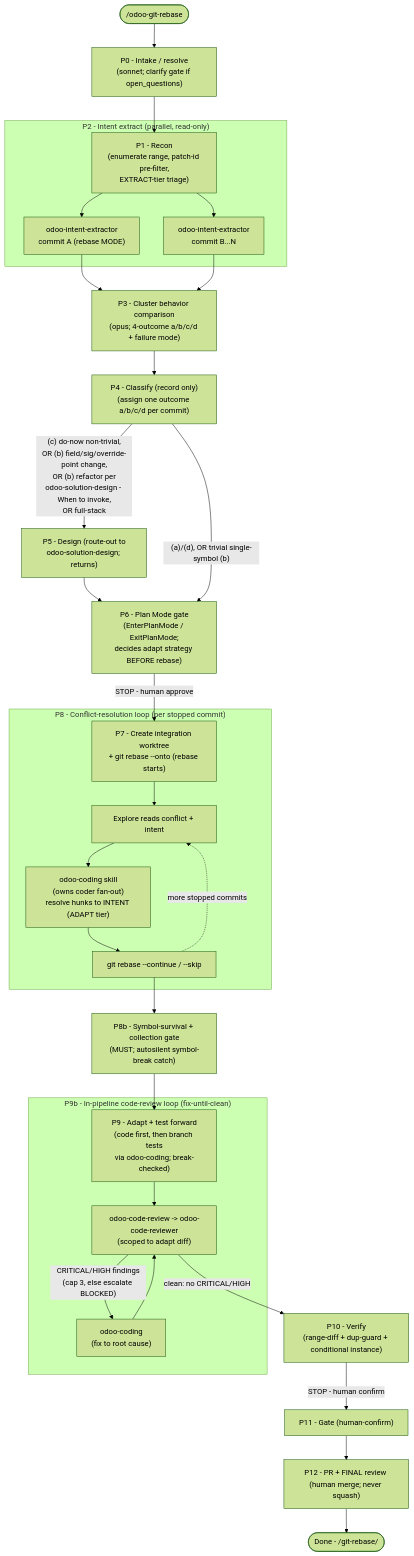
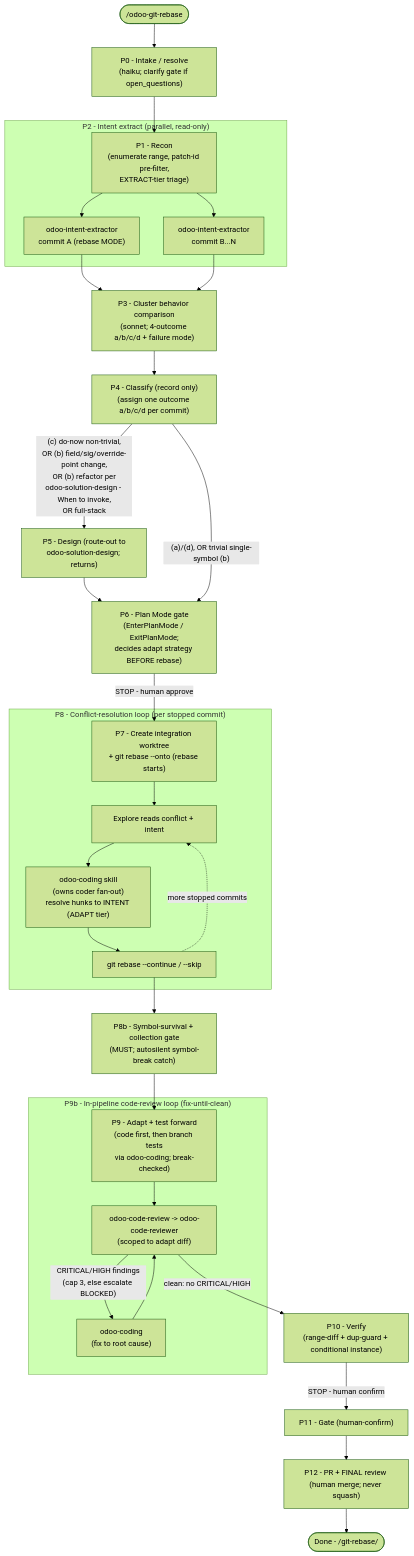
Before and after one commit to Viindoo/odoo-mcp-client: the sixth of 9 diagrams in plugins/odoo-ai-agents/README.md, drawn with Mermaid (forest theme). The commit also changed other lines of this file and 78 other files, not shown here.

````diff
--- a/plugins/odoo-ai-agents/README.md
+++ b/plugins/odoo-ai-agents/README.md
@@ -480,41 +486,41 @@
 ```mermaid
 flowchart TD
     START(["/odoo-git-rebase"])
-    START --> P0["P0 - Intake / resolve<br/>(sonnet; clarify gate if open_questions)"]
+    START --> P0["P0 - Intake / resolve<br/>(haiku; clarify gate if open_questions)"]
     P0 --> P1["P1 - Recon<br/>(enumerate range, patch-id pre-filter,<br/>EXTRACT-tier triage)"]
 
     subgraph P2_grp["P2 - Intent extract (parallel, read-only)"]
         P1 --> IE1["odoo-intent-extractor<br/>commit A (rebase MODE)"]
         P1 --> IE2["odoo-intent-extractor<br/>commit B...N"]
     end
 
-    IE1 --> P3["P3 - Cluster behavior comparison<br/>(opus; 4-outcome a/b/c/d + failure mode)"]
+    IE1 --> P3["P3 - Cluster behavior comparison<br/>(sonnet; 4-outcome a/b/c/d + failure mode)"]
     IE2 --> P3
     P3 --> P4["P4 - Classify (record only)<br/>(assign one outcome a/b/c/d per commit)"]
 
     P4 -->|"(c) do-now non-trivial,<br/>OR (b) field/sig/override-point change,<br/>OR (b) refactor per<br/>odoo-solution-design - When to invoke,<br/>OR full-stack"| P5["P5 - Design (route-out to<br/>odoo-solution-design; returns)"]
     P5 --> P6_gate
     P4 -->|"(a)/(d), OR trivial single-symbol (b)"| P6_gate["P6 - Plan Mode gate<br/>(EnterPlanMode / ExitPlanMode;<br/>decides adapt strategy BEFORE rebase)"]
     P6_gate -->|"STOP - human approve"| P7["P7 - Create integration worktree<br/>+ git rebase --onto (rebase starts)"]
 
     subgraph P8_grp["P8 - Conflict-resolution loop (per stopped commit)"]
         P7 --> CR1["Explore reads conflict + intent"]
         CR1 --> CR2["odoo-coding skill<br/>(owns coder fan-out)<br/>resolve hunks to INTENT (ADAPT tier)"]
         CR2 --> CR3["git rebase --continue / --skip"]
         CR3 -.->|"more stopped commits"| CR1
     end
 
     CR3 --> P8b["P8b - Symbol-survival + collection gate<br/>(MUST; autosilent symbol-break catch)"]
     P8b --> P9["P9 - Adapt + test forward<br/>(code first, then branch tests<br/>via odoo-coding; break-checked)"]
 
     subgraph P9b_grp["P9b - In-pipeline code-review loop (fix-until-clean)"]
         P9 --> RV["odoo-code-review -> odoo-code-reviewer<br/>(scoped to adapt diff)"]
         RV -->|"CRITICAL/HIGH findings<br/>(cap 3, else escalate BLOCKED)"| FX["odoo-coding<br/>(fix to root cause)"]
         FX --> RV
     end
 
     RV -->|"clean: no CRITICAL/HIGH"| P10["P10 - Verify<br/>(range-diff + dup-guard + conditional instance)"]
     P10 -->|"STOP - human confirm"| P11["P11 - Gate (human-confirm)"]
     P11 --> P12["P12 - PR + FINAL review (human merge; never squash)"]
     P12 --> DONE(["Done - <ISOLATE_DIR>/git-rebase/"])
 ```
````
